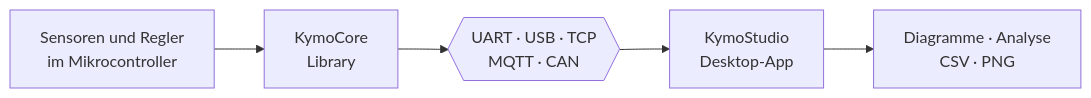
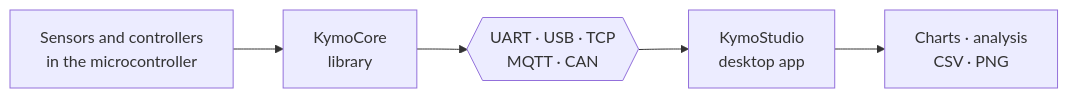
Before and after one commit to CodeName-666/kymostudio: the diagram in README.md, drawn with Mermaid. The commit also changed other lines of this file and 7 other files, not shown here.

````diff
--- a/README.md
+++ b/README.md
@@ -75,7 +80,7 @@
 ```mermaid
 flowchart LR
-    S["Sensoren und Regler<br/>im Mikrocontroller"] --> C["KymoCore<br/>Library"]
+    S["Sensors and controllers<br/>in the microcontroller"] --> C["KymoCore<br/>library"]
     C --> T{{"UART · USB · TCP<br/>MQTT · CAN"}}
-    T --> K["KymoStudio<br/>Desktop-App"]
-    K --> A["Diagramme · Analyse<br/>CSV · PNG"]
+    T --> K["KymoStudio<br/>desktop app"]
+    K --> A["Charts · analysis<br/>CSV · PNG"]
 ```
````
